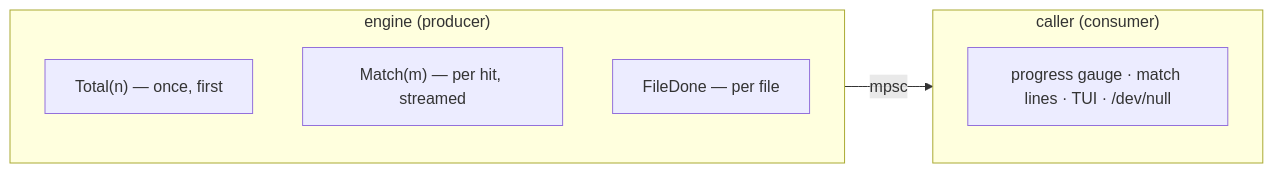
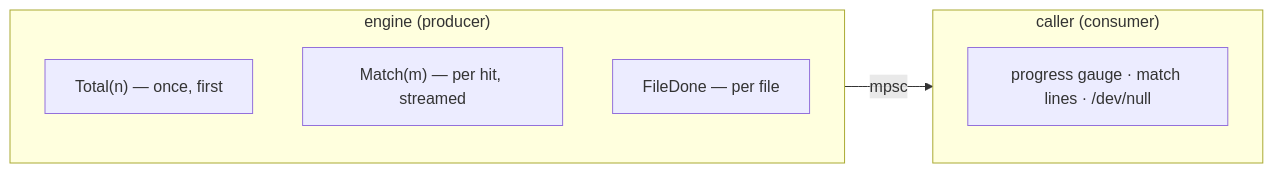
Before and after one commit to rangertaha/exfil: the tenth of 12 diagrams in docs/src/architecture/engine.md, drawn with Mermaid. The commit also changed other lines of this file and 38 other files, not shown here.

````diff
--- a/docs/src/architecture/engine.md
+++ b/docs/src/architecture/engine.md
@@ -404,12 +404,12 @@
 ```mermaid
 flowchart LR
     subgraph ENGINE["engine (producer)"]
         T["Total(n) — once, first"]
         M["Match(m) — per hit, streamed"]
         FD["FileDone — per file"]
     end
     ENGINE -->|mpsc| RENDER
     subgraph RENDER["caller (consumer)"]
-        BAR["progress gauge · match lines · TUI · /dev/null"]
+        BAR["progress gauge · match lines · /dev/null"]
     end
 ```
````
